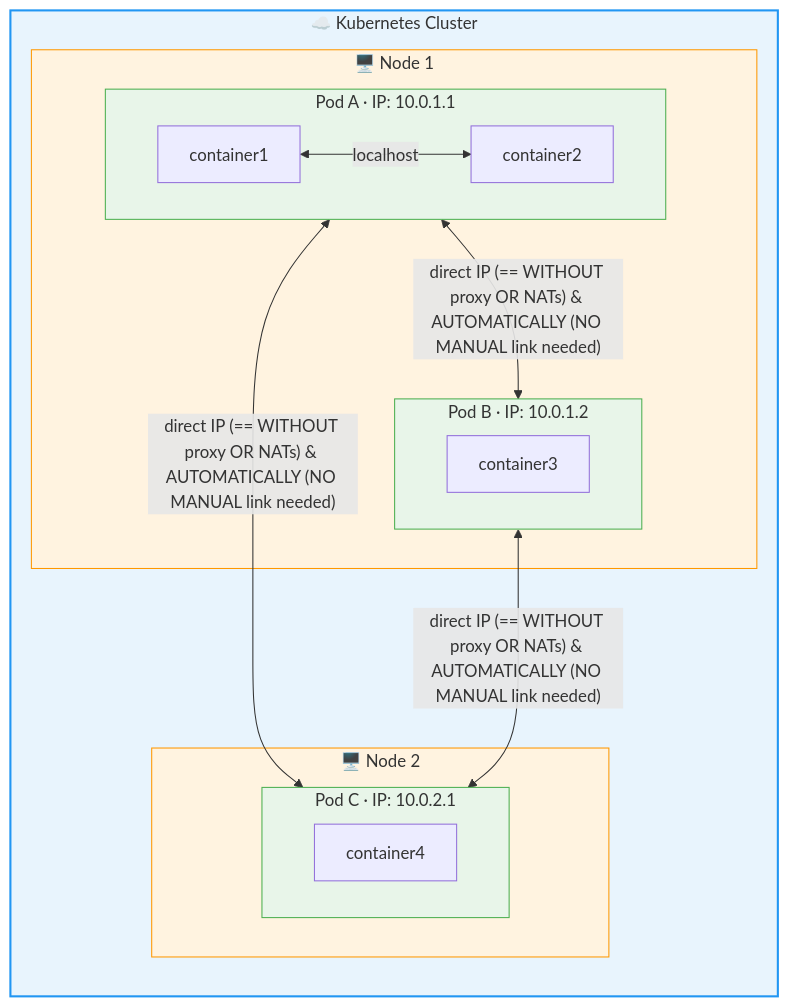
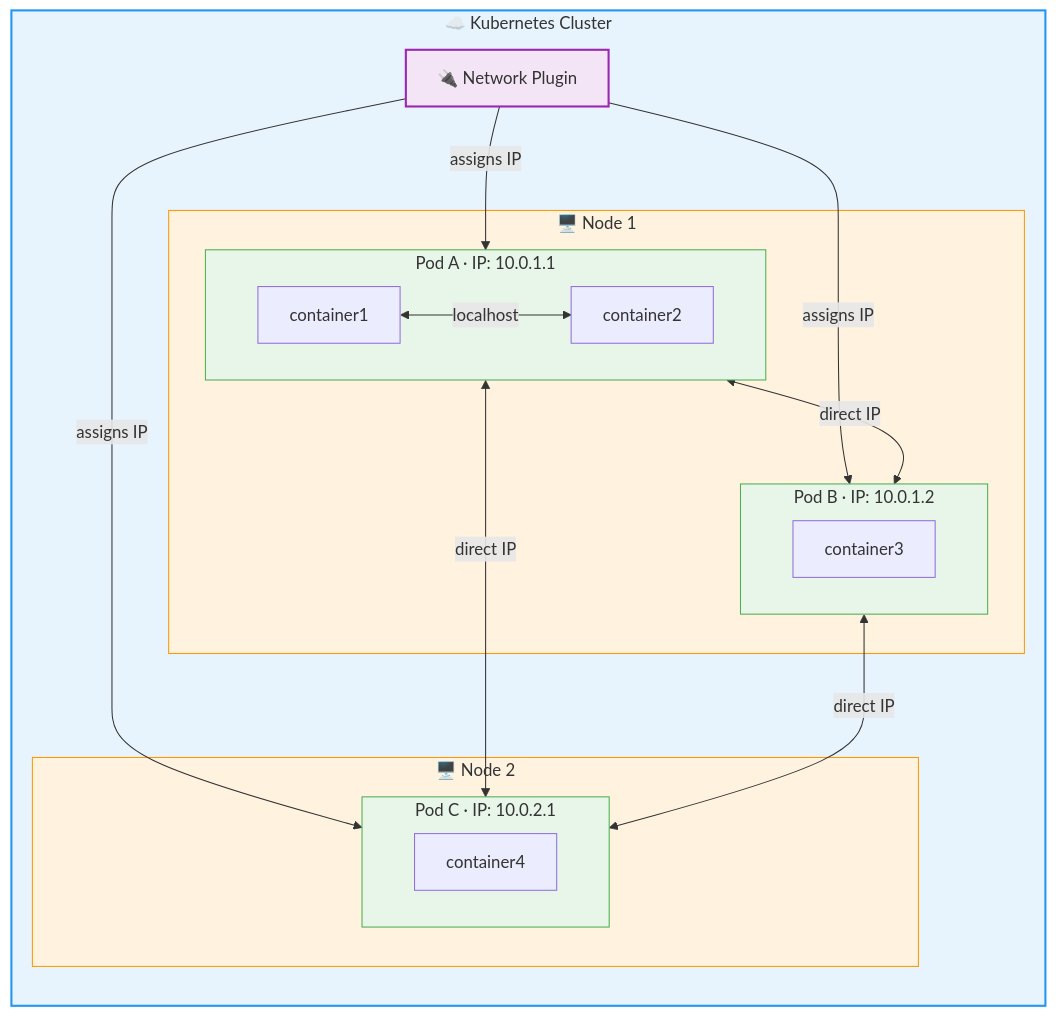
The first of 2 diagrams in content/en/docs/concepts/services-networking/_index.md (dancer1325/kubernetes-website), drawn with Mermaid before and after one commit. The commit also changed other lines of this file and 11 other files, not shown here.

````diff
--- a/content/en/docs/concepts/services-networking/_index.md
+++ b/content/en/docs/concepts/services-networking/_index.md
@@ -52,34 +53,41 @@
 ```mermaid
 flowchart TB
     subgraph CLUSTER["☁️ Kubernetes Cluster"]
         direction TB
-  
+
+        CNI["🔌 Network Plugin"]
+
         subgraph NODE1["🖥️ Node 1"]
             subgraph POD1["Pod A · IP: 10.0.1.1"]
                 C1["container1"]
                 C2["container2"]
                 C1 <-->|"localhost"| C2
             end
             subgraph POD2["Pod B · IP: 10.0.1.2"]
                 C3["container3"]
             end
         end
-  
+
         subgraph NODE2["🖥️ Node 2"]
             subgraph POD3["Pod C · IP: 10.0.2.1"]
                 C4["container4"]
             end
         end
-  
-        POD1 <-->|"direct IP (== WITHOUT proxy OR NATs) & AUTOMATICALLY (NO MANUAL link needed)"| POD2
-        POD1 <-->|"direct IP (== WITHOUT proxy OR NATs) & AUTOMATICALLY (NO MANUAL link needed)"| POD3
-        POD2 <-->|"direct IP (== WITHOUT proxy OR NATs) & AUTOMATICALLY (NO MANUAL link needed)"| POD3
+
+        CNI -->|"assigns IP"| POD1
+        CNI -->|"assigns IP"| POD2
+        CNI -->|"assigns IP"| POD3
+
+        POD1 <-->|"direct IP"| POD2
+        POD1 <-->|"direct IP"| POD3
+        POD2 <-->|"direct IP"| POD3
     end
-  
+
     style CLUSTER fill:#e8f4fd,stroke:#2196F3,stroke-width:2px
+    style CNI fill:#f3e5f5,stroke:#9C27B0,stroke-width:2px
     style NODE1 fill:#fff3e0,stroke:#FF9800
     style NODE2 fill:#fff3e0,stroke:#FF9800
     style POD1 fill:#e8f5e9,stroke:#4CAF50
     style POD2 fill:#e8f5e9,stroke:#4CAF50
     style POD3 fill:#e8f5e9,stroke:#4CAF50
 ```
````
